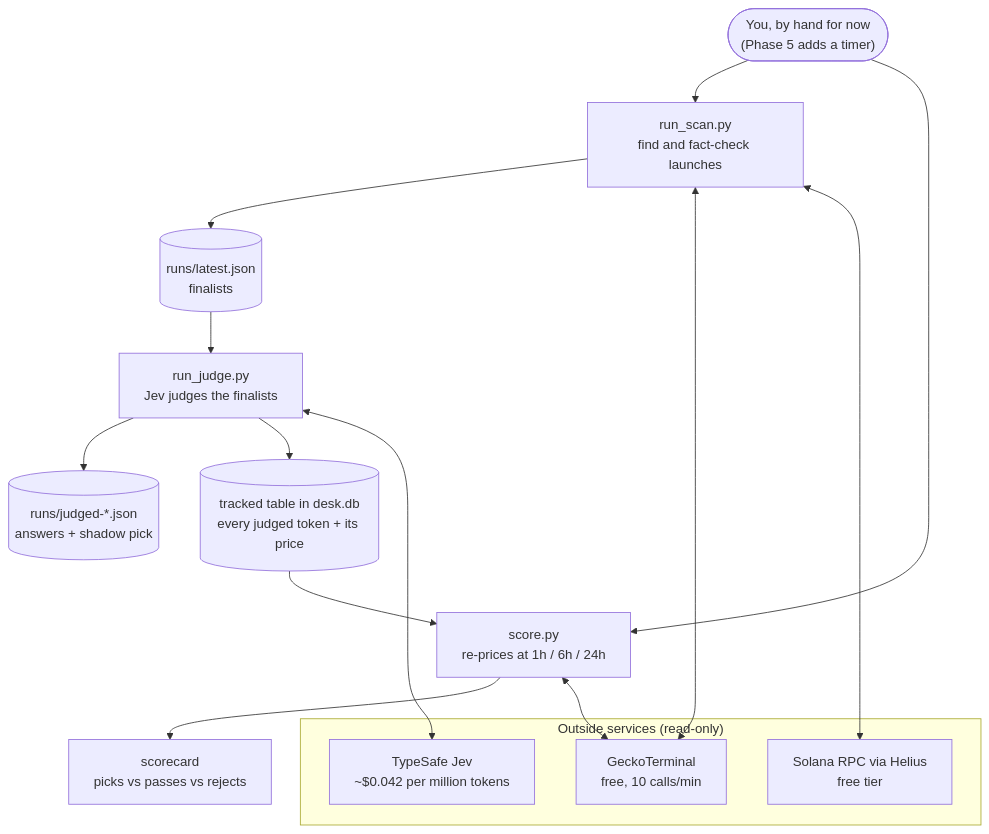
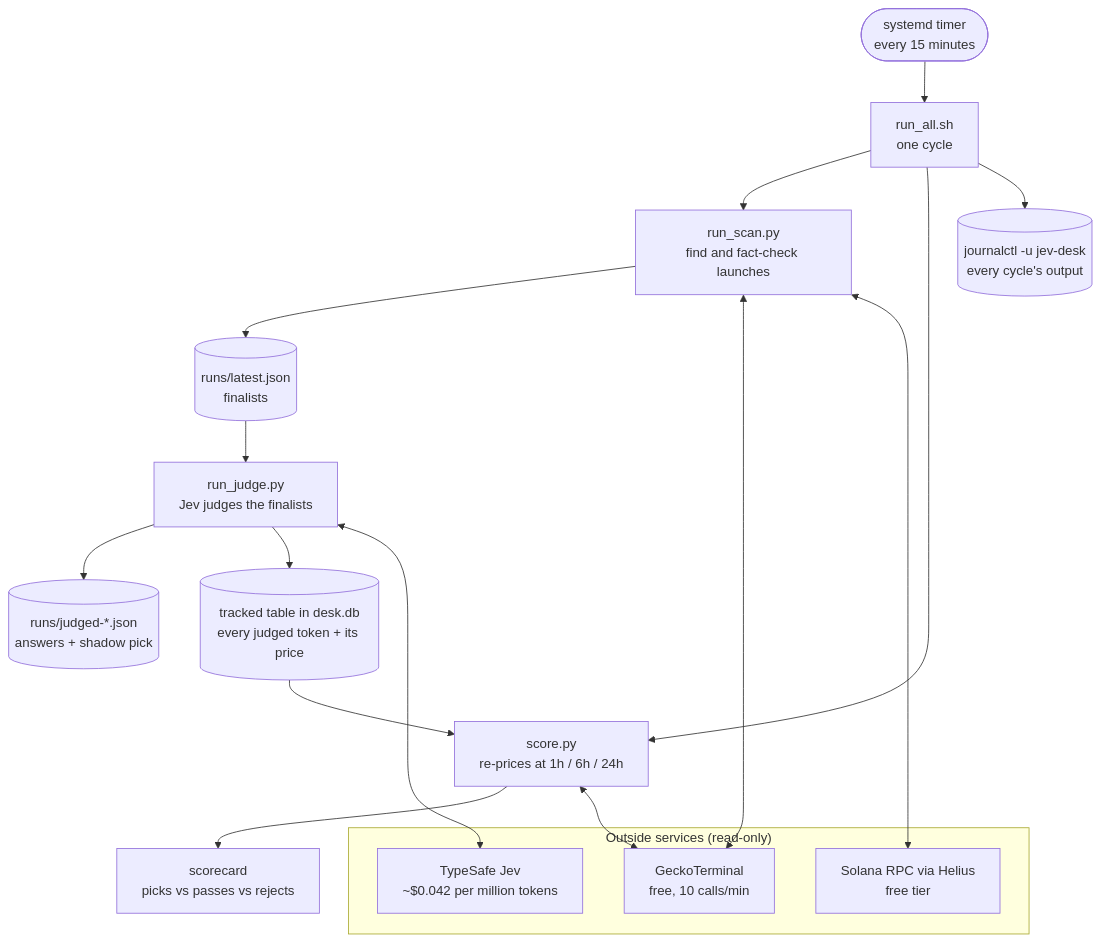
The first of 8 diagrams in ARCHITECTURE.md (NickHammer/jev-desk), drawn with Mermaid before and after one commit. The commit also changed other lines of this file and 10 other files, not shown here.

First line of the commit message:
Phase 5: run every 15 minutes; bench Jev rejections; tight checkpoint windows

````diff
--- a/ARCHITECTURE.md
+++ b/ARCHITECTURE.md
@@ -10,23 +11,25 @@
 ```mermaid
 flowchart TD
-    you(["You, by hand for now<br/>(Phase 5 adds a timer)"])
-    you --> scan["run_scan.py<br/>find and fact-check launches"]
+    timer(["systemd timer<br/>every 15 minutes"])
+    timer --> cycle["run_all.sh<br/>one cycle"]
+    cycle --> scan["run_scan.py<br/>find and fact-check launches"]
     scan --> latest[("runs/latest.json<br/>finalists")]
     latest --> judgeRun["run_judge.py<br/>Jev judges the finalists"]
     judgeRun --> judged[("runs/judged-*.json<br/>answers + shadow pick")]
     judgeRun --> tracked[("tracked table in desk.db<br/>every judged token + its price")]
-    you --> scoreRun["score.py<br/>re-prices at 1h / 6h / 24h"]
+    cycle --> scoreRun["score.py<br/>re-prices at 1h / 6h / 24h"]
     tracked --> scoreRun
     scoreRun --> card["scorecard<br/>picks vs passes vs rejects"]
+    cycle --> logs[("journalctl -u jev-desk<br/>every cycle's output")]
 
     subgraph ext["Outside services (read-only)"]
         gt["GeckoTerminal<br/>free, 10 calls/min"]
         rpc["Solana RPC via Helius<br/>free tier"]
         jev["TypeSafe Jev<br/>~$0.042 per million tokens"]
     end
 
     scan <--> gt
     scan <--> rpc
     judgeRun <--> jev
     scoreRun <--> gt
 ```
````
